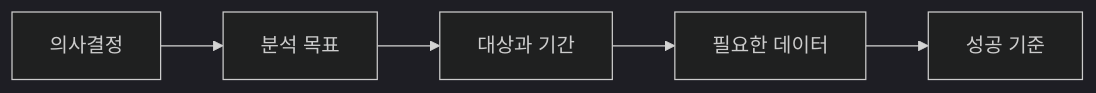
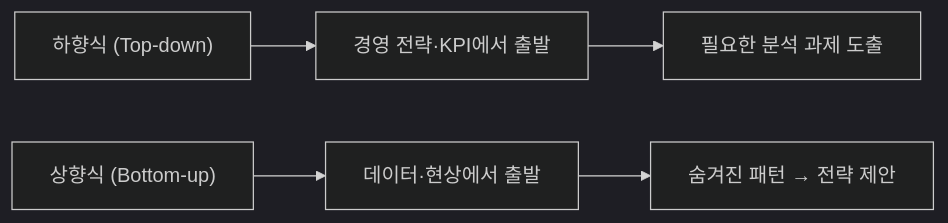
One commit to zenoK80/zeno-AI-Docs changed the diagram in content/자격증/빅데이터분석기사_필기/01_data-analysis-problem-definition.mdx. Above: the diagram before and after it, drawn with Mermaid (dark theme). The commit also changed other lines of this file and 85 other files, not shown here.

````diff
--- a/content/자격증/빅데이터분석기사_필기/01_data-analysis-problem-definition.mdx
+++ b/content/자격증/빅데이터분석기사_필기/01_data-analysis-problem-definition.mdx
@@ -36,7 +58,7 @@
 ```mermaid
 flowchart LR
-  A[의사결정] --> B[분석 목표]
-  B --> C[대상과 기간]
-  C --> D[필요한 데이터]
-  D --> E[성공 기준]
+  A["하향식 (Top-down)"] --> B["경영 전략·KPI에서 출발"]
+  B --> C["필요한 분석 과제 도출"]
+  D["상향식 (Bottom-up)"] --> E["데이터·현상에서 출발"]
+  E --> F["숨겨진 패턴 → 전략 제안"]
 ```
````
